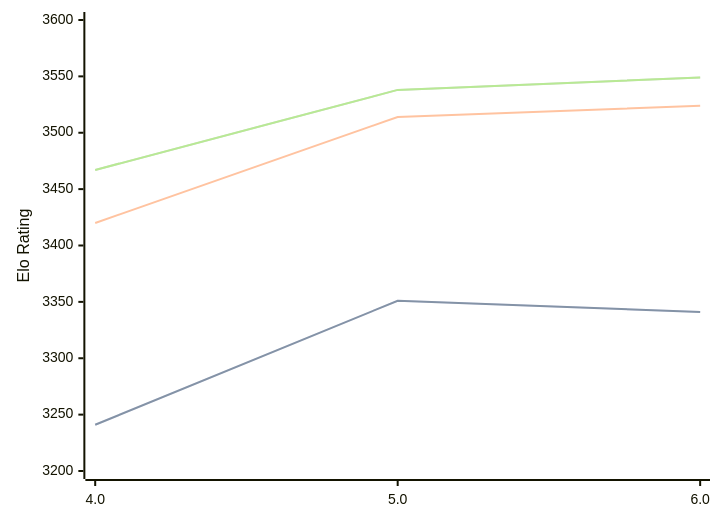
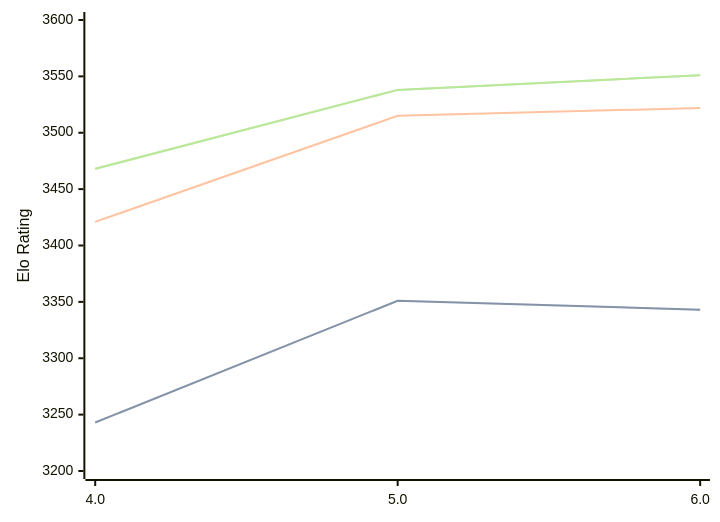
One commit to computer-chess-index/cci changed the first of 3 diagrams in engines/Tarnished.md. Above: the diagram before and after it, drawn with Mermaid. The commit also changed other lines of this file, not shown here.

Commit message:
Update CCI Ratings (ELO VLTC) - 2026-07-02

````diff
--- a/engines/Tarnished.md
+++ b/engines/Tarnished.md
@@ -37,11 +37,11 @@
 ```mermaid
 %%{init: {"theme":"base","themeVariables":{"seriesColors:['#a3a3a3','#222221','#faa371']}}}%%
 xychart-beta
   x-axis ["4.0", "5.0", "6.0"]
   y-axis "Elo Rating" 3200 --> 3600
-  line "STC (8.0+0.08s)" [3241, 3351, 3341]
-  line "STC (8.0+0.08s)" [3241, 3351, 3341]
-  line "LTC (60.0+0.60s)" [3420, 3514, 3524]
-  line "VLTC (2m24s+1.12s)" [3467, 3538, 3549]
-  line "VLTC (2m24s+1.12s)" [3467, 3538, 3549]
+  line "STC (8.0+0.08s)" [3243, 3351, 3343]
+  line "STC (8.0+0.08s)" [3243, 3351, 3343]
+  line "LTC (60.0+0.60s)" [3421, 3515, 3522]
+  line "VLTC (2m24s+1.12s)" [3468, 3538, 3551]
+  line "VLTC (2m24s+1.12s)" [3468, 3538, 3551]
 ```
````
